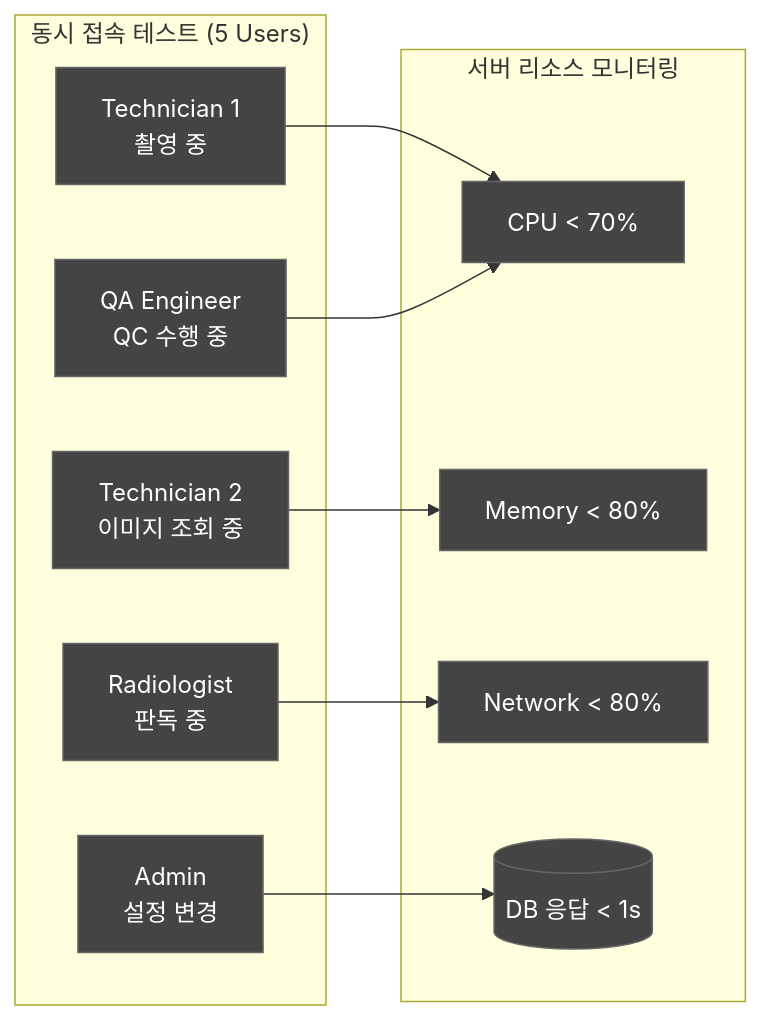
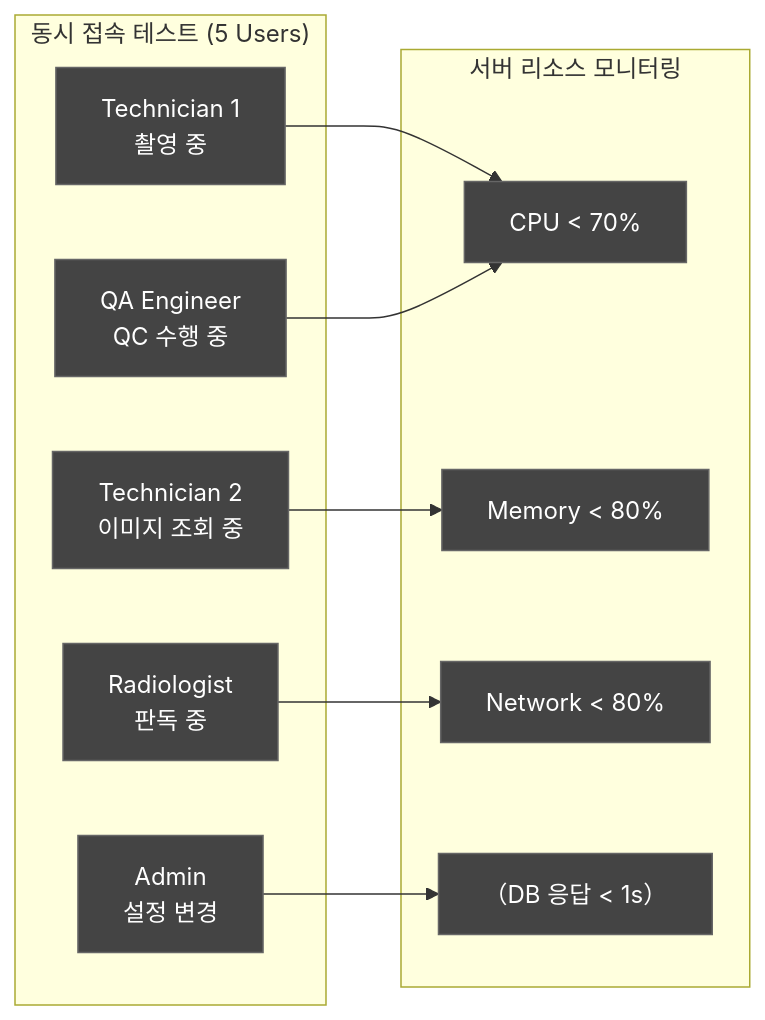
The third of 7 diagrams in docs/testing/DOC-014_SystemTestPlan_v1.0.md (holee9/console-gui), drawn with Mermaid before and after one commit. The commit also changed other lines of this file and 22 other files, not shown here.

First line of the commit message:
fix: Mermaid flowchart 노드 내 괄호 파싱 오류 전면 수정

````diff
--- a/docs/testing/DOC-014_SystemTestPlan_v1.0.md
+++ b/docs/testing/DOC-014_SystemTestPlan_v1.0.md
@@ -302,22 +302,22 @@
 ```mermaid
 graph LR
     classDef default fill:#444,stroke:#666,color:#fff
     subgraph "동시 접속 테스트 (5 Users)"
         U1[Technician 1\n촬영 중]
         U2[Technician 2\n이미지 조회 중]
         U3[Radiologist\n판독 중]
         U4[Admin\n설정 변경]
         U5[QA Engineer\nQC 수행 중]
     end
     subgraph "서버 리소스 모니터링"
         CPU[CPU < 70%]
         MEM[Memory < 80%]
         NET[Network < 80%]
-        DB2[(DB 응답 < 1s)]
+        DB2[（DB 응답 < 1s）]
     end
     U1 --> CPU
     U2 --> MEM
     U3 --> NET
     U4 --> DB2
     U5 --> CPU
 ```
````
